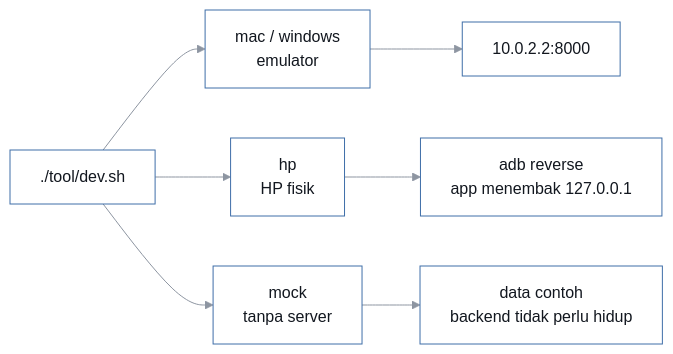
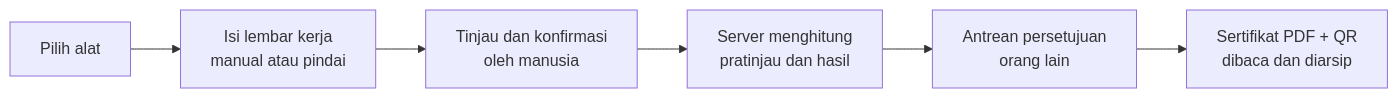
Before and after one commit to ZainulArkaanAlinsi/sidik-calibration-mobile: the first of 3 diagrams in README.md, drawn with Mermaid. The commit also changed other lines of this file and 1 other file, not shown here.

First line of the commit message:
docs(readme): redesign the Lab README with banner, role and feature tables, diagrams and Studio status (#258)

````diff
--- a/README.md
+++ b/README.md
@@ -76,10 +49,8 @@
 ```mermaid
-%%{init:{'theme':'base','themeVariables':{'primaryColor':'#ffffff','primaryTextColor':'#12171f','primaryBorderColor':'#3f6ea8','lineColor':'#8d95a1','secondaryColor':'#f7f5ef','tertiaryColor':'#e7e3d8','fontFamily':'ui-monospace, SFMono-Regular, Menlo, monospace'}}}%%
 flowchart LR
-  D["./tool/dev.sh"] --> M["mac / windows<br/>emulator"]
-  D --> H["hp<br/>HP fisik"]
-  D --> K["mock<br/>tanpa server"]
-  M --> A["10.0.2.2:8000"]
-  H --> B["adb reverse<br/>app menembak 127.0.0.1"]
-  K --> C["data contoh<br/>backend tidak perlu hidup"]
+  A["Pilih alat"] --> B["Isi lembar kerja<br/>manual atau pindai"]
+  B --> C["Tinjau dan konfirmasi<br/>oleh manusia"]
+  C --> D["Server menghitung<br/>pratinjau dan hasil"]
+  D --> E["Antrean persetujuan<br/>orang lain"]
+  E --> F["Sertifikat PDF + QR<br/>dibaca dan diarsip"]
 ```
````
